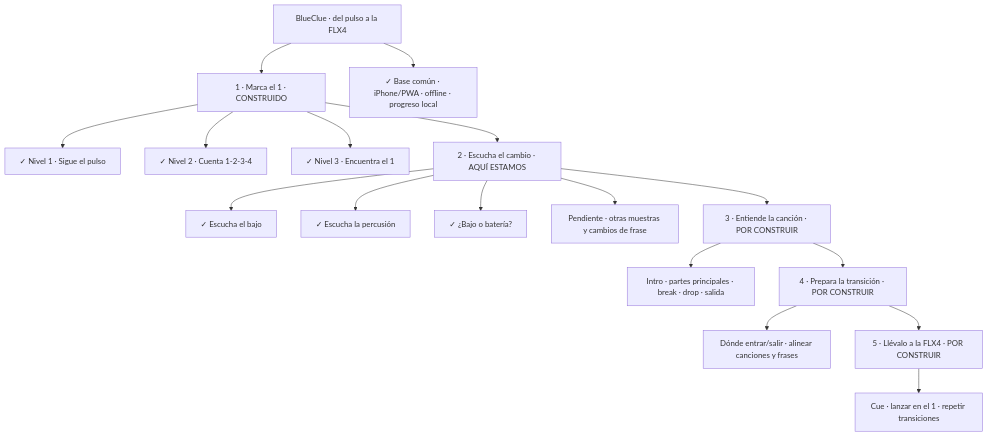
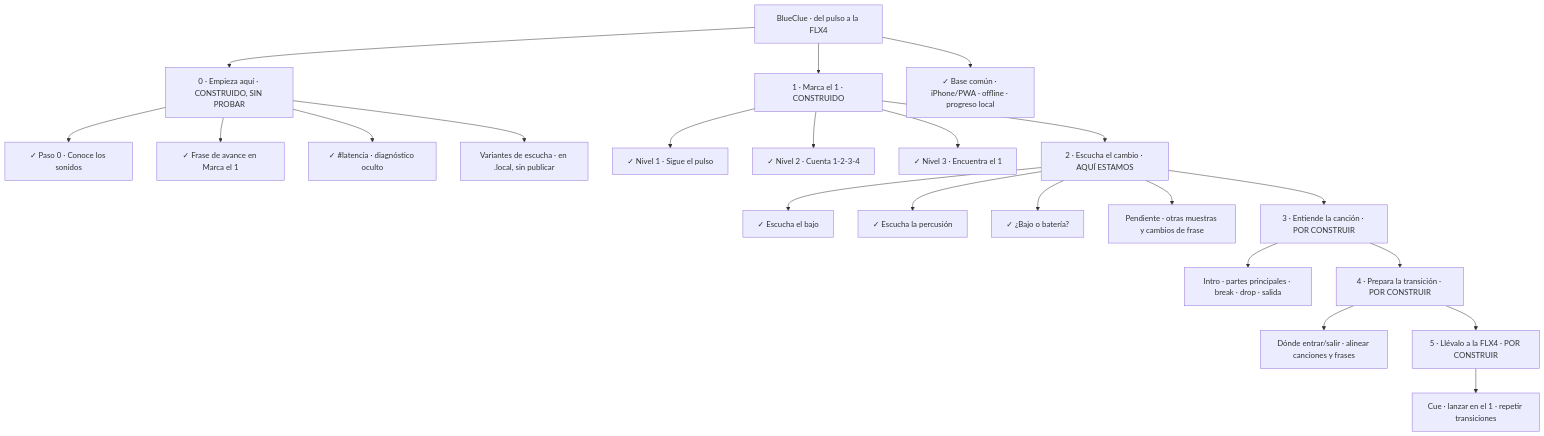
One commit to gutierrezbj/blueclue changed the diagram in docs/MAPA.md. Above: the diagram before and after it, drawn with Mermaid. The commit also changed other lines of this file and 38 other files, not shown here.

First line of the commit message:
feat: Empieza aquí — entrada nivel 0, Paso 0 sonidos, frase de avance, latencia y variantes

````diff
--- a/docs/MAPA.md
+++ b/docs/MAPA.md
@@ -8,19 +8,24 @@
 ```mermaid
 flowchart TD
-    ROOT["BlueClue · del pulso a la FLX4"] --> RHYTHM["1 · Marca el 1 · CONSTRUIDO"]
+    ROOT["BlueClue · del pulso a la FLX4"] --> START["0 · Empieza aquí · CONSTRUIDO, SIN PROBAR"]
+    START --> SOUNDS["✓ Paso 0 · Conoce los sonidos"]
+    START --> READY["✓ Frase de avance en Marca el 1"]
+    START --> LAT["✓ #latencia · diagnóstico oculto"]
+    START --> VARS["Variantes de escucha · en .local, sin publicar"]
+    ROOT --> RHYTHM["1 · Marca el 1 · CONSTRUIDO"]
     RHYTHM --> PULSE["✓ Nivel 1 · Sigue el pulso"]
     RHYTHM --> COUNT["✓ Nivel 2 · Cuenta 1-2-3-4"]
     RHYTHM --> ONE["✓ Nivel 3 · Encuentra el 1"]
     RHYTHM --> EAR["2 · Escucha el cambio · AQUÍ ESTAMOS"]
     EAR --> BASS["✓ Escucha el bajo"]
     EAR --> DRUMS["✓ Escucha la percusión"]
     EAR --> CHOICE["✓ ¿Bajo o batería?"]
     EAR --> VARIANTS["Pendiente · otras muestras y cambios de frase"]
     EAR --> STRUCTURE["3 · Entiende la canción · POR CONSTRUIR"]
     STRUCTURE --> PARTS["Intro · partes principales · break · drop · salida"]
     STRUCTURE --> MIX["4 · Prepara la transición · POR CONSTRUIR"]
     MIX --> ALIGN["Dónde entrar/salir · alinear canciones y frases"]
     MIX --> FLX4["5 · Llévalo a la FLX4 · POR CONSTRUIR"]
     FLX4 --> REAL["Cue · lanzar en el 1 · repetir transiciones"]
     ROOT --> POCKET["✓ Base común · iPhone/PWA · offline · progreso local"]
 ```
````
